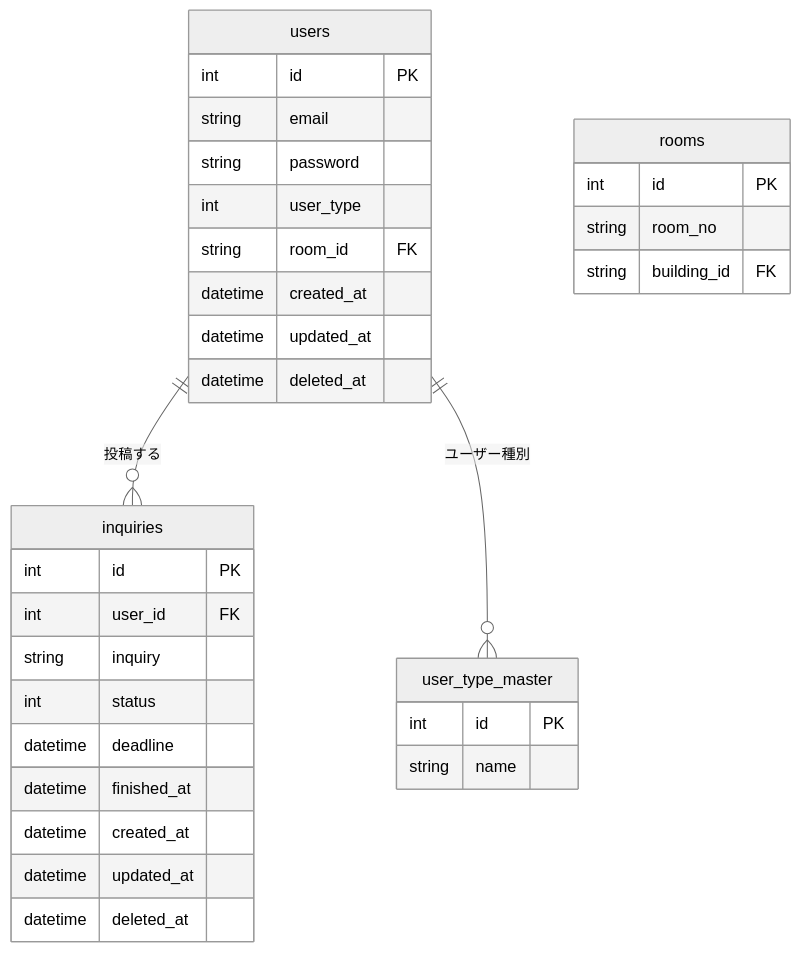
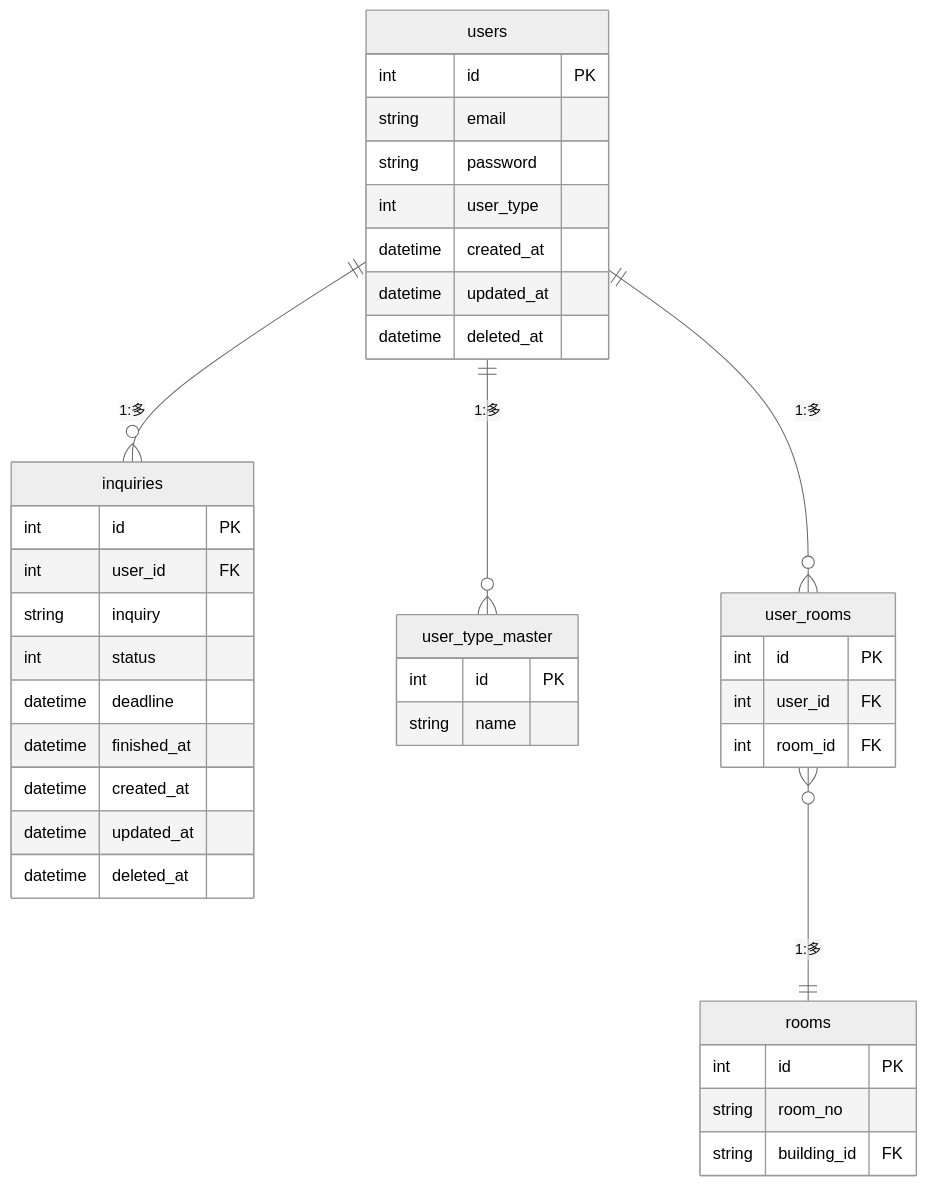
One commit to rictusempra52/APIkadai changed the diagram in db_design/db_design.md. Above: the diagram before and after it, drawn with Mermaid (neutral theme). The commit also changed 2 other files, not shown here.

Commit message:
多対多を理解してなくていらんカラムを作ってしまったので削除

````diff
--- a/db_design/db_design.md
+++ b/db_design/db_design.md
@@ -3,40 +3,47 @@
 ```mermaid
 erDiagram
 
-users ||--o{ inquiries : "投稿する"
-users ||--o{ user_type_master : "ユーザー種別"
+users ||--o{ inquiries : "1:多"
+users ||--o{ user_type_master : "1:多"
+users ||--o{ user_rooms : "1:多"
+user_rooms }o--|| rooms : "1:多"
 
 users {
     int id PK
     string email
     string  password
     int user_type
-    string room_id FK
     datetime created_at
     datetime updated_at
     datetime deleted_at
+}
+
+user_rooms {
+    int id PK
+    int user_id FK
+    int room_id FK
 }
 
 rooms {
     int id PK
     string room_no
     string building_id FK
 }
 
 inquiries {
     int id PK
     int user_id FK
     string inquiry
     int status
     datetime deadline
     datetime finished_at
     datetime created_at
     datetime updated_at
     datetime deleted_at
 }
 
 user_type_master {
     int id PK
     string name
 }
 ```
````
